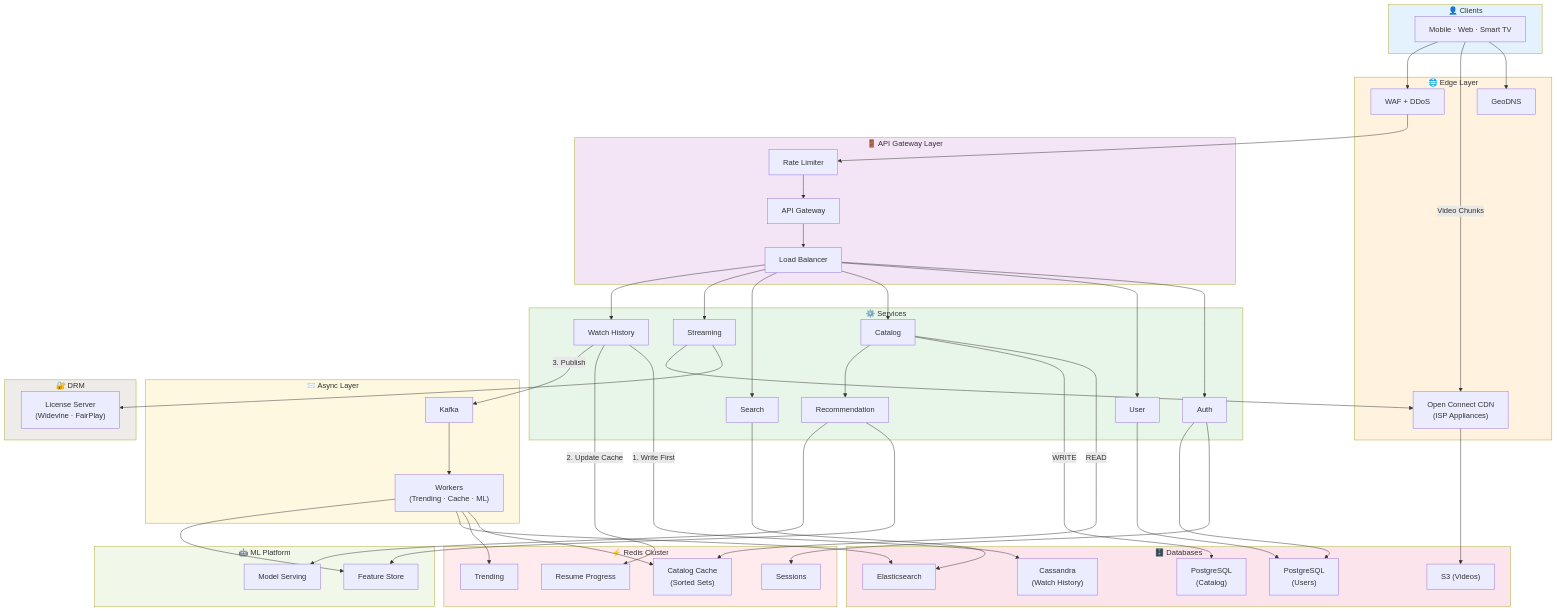
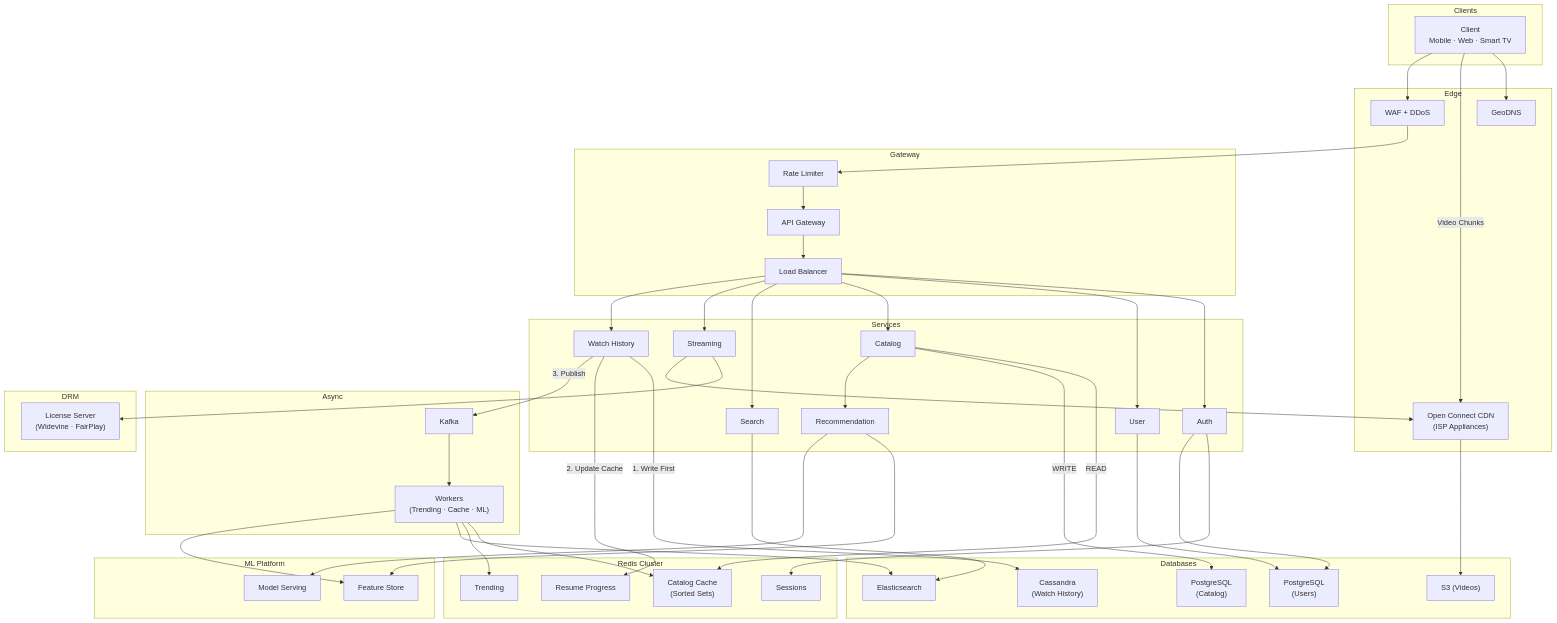
The diagram in Netflix_video_streaming_2.md (BhaveshJachak/netflix-video-streaming), drawn with Mermaid before and after one commit.

Commit message:
Refactor HLD diagram for clarity and structure

````diff
--- a/Netflix_video_streaming_2.md
+++ b/Netflix_video_streaming_2.md
@@ -522,22 +522,22 @@
 ```mermaid
 flowchart TD
-    subgraph Clients["👤 Clients"]
-        C["Mobile · Web · Smart TV"]
+    subgraph Clients
+        C["Client<br/>Mobile · Web · Smart TV"]
     end
 
-    subgraph Edge["🌐 Edge Layer"]
+    subgraph Edge
         DNS["GeoDNS"]
         WAF["WAF + DDoS"]
         CDN["Open Connect CDN<br/>(ISP Appliances)"]
     end
 
-    subgraph Gateway["🚪 API Gateway Layer"]
+    subgraph Gateway
         RL["Rate Limiter"]
         GW["API Gateway"]
         LB["Load Balancer"]
     end
 
-    subgraph Services["⚙️ Services"]
+    subgraph Services
         AUTH["Auth"]
         USER["User"]
         CATALOG["Catalog"]
@@ -547,14 +547,14 @@
         REC["Recommendation"]
     end
 
-    subgraph Cache["⚡ Redis Cluster"]
+    subgraph Cache["Redis Cluster"]
         R_SESSION["Sessions"]
         R_CATALOG["Catalog Cache<br/>(Sorted Sets)"]
         R_TRENDING["Trending"]
         R_RESUME["Resume Progress"]
     end
 
-    subgraph DB["🗄️ Databases"]
+    subgraph DB["Databases"]
         PG_USER["PostgreSQL<br/>(Users)"]
         PG_CATALOG["PostgreSQL<br/>(Catalog)"]
         CASS["Cassandra<br/>(Watch History)"]
@@ -562,67 +562,47 @@
         S3["S3 (Videos)"]
     end
 
-    subgraph Async["📨 Async Layer"]
+    subgraph Async
         KAFKA["Kafka"]
         WORKERS["Workers<br/>(Trending · Cache · ML)"]
     end
 
-    subgraph ML["🤖 ML Platform"]
+    subgraph ML["ML Platform"]
         FEATURE["Feature Store"]
         MODEL["Model Serving"]
     end
 
-    subgraph DRM["🔐 DRM"]
+    subgraph DRM
         LICENSE["License Server<br/>(Widevine · FairPlay)"]
     end
 
-    %% Client Flow
     C --> DNS
     C -->|"Video Chunks"| CDN
     C --> WAF --> RL --> GW --> LB
 
-    %% API to Services
     LB --> AUTH & USER & CATALOG & SEARCH & STREAM & HISTORY
 
-    %% Auth Flow
     AUTH --> R_SESSION
     AUTH --> PG_USER
     USER --> PG_USER
 
-    %% Catalog Flow (CQRS)
     CATALOG -->|"READ"| R_CATALOG
     CATALOG -->|"WRITE"| PG_CATALOG
     CATALOG --> REC
 
-    %% Search Flow
     SEARCH --> ES
 
-    %% Streaming Flow
     STREAM --> LICENSE
     STREAM --> CDN
     CDN --> S3
 
-    %% Watch History Flow
     HISTORY -->|"1. Write First"| CASS
     HISTORY -->|"2. Update Cache"| R_RESUME
     HISTORY -->|"3. Publish"| KAFKA
 
-    %% Async Processing
     KAFKA --> WORKERS
     WORKERS --> R_CATALOG & R_TRENDING & ES
 
-    %% ML Flow
     WORKERS --> FEATURE
     REC --> FEATURE & MODEL
-
-    %% Styling
-    style Clients fill:#e3f2fd
-    style Edge fill:#fff3e0
-    style Gateway fill:#f3e5f5
-    style Services fill:#e8f5e9
-    style Cache fill:#ffebee
-    style DB fill:#fce4ec
-    style Async fill:#fff8e1
-    style ML fill:#f1f8e9
-    style DRM fill:#efebe9
 ```
````
